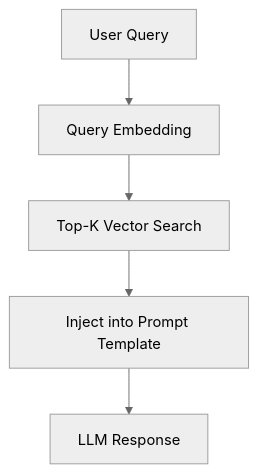
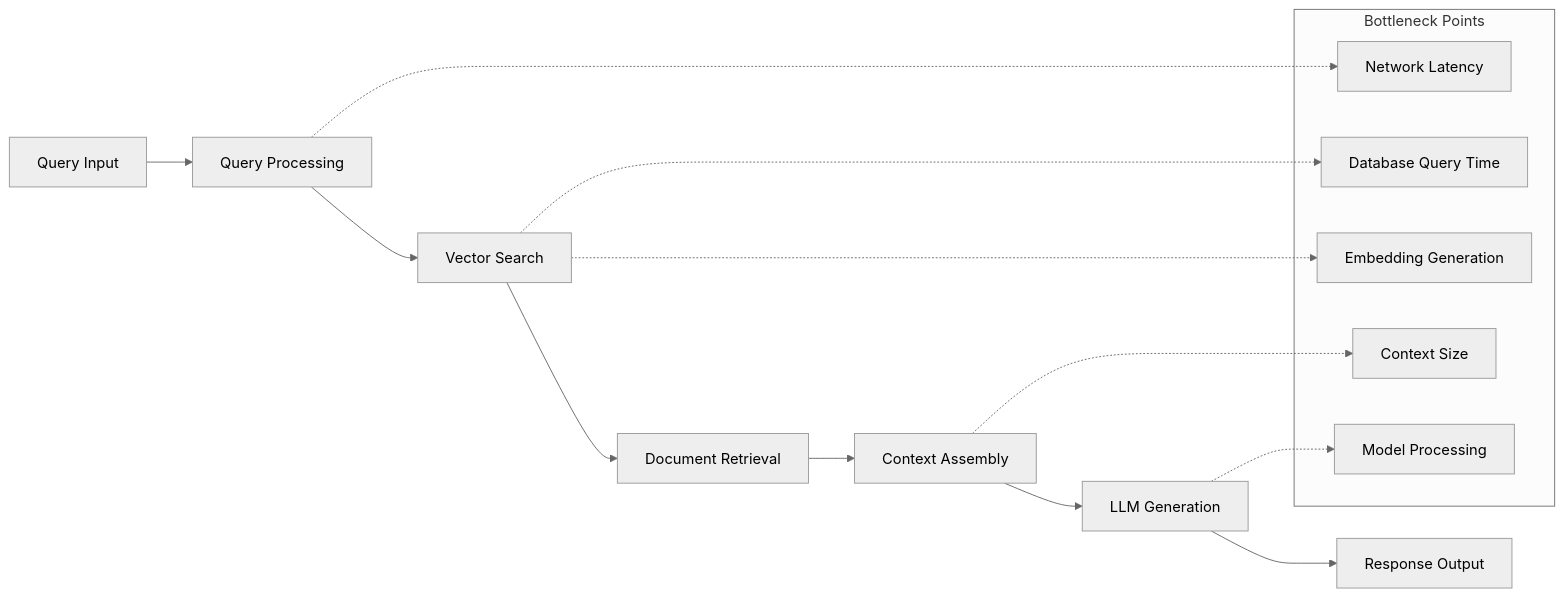
The eighth of 9 diagrams in User-Guides/rag-implementation-guide.md (CRollins6020/CRollins6020), drawn with Mermaid (neutral theme) before and after one commit. The commit also changed other lines of this file and 2 other files, not shown here.

````diff
--- a/User-Guides/rag-implementation-guide.md
+++ b/User-Guides/rag-implementation-guide.md
@@ -118,7 +3598,23 @@
 ```mermaid
-graph TD
-    A[User Query] --> B[Query Embedding]
-    B --> C[Top-K Vector Search]
-    C --> D[Inject into Prompt Template]
-    D --> E[LLM Response]
+flowchart LR
+    A[Query Input] --> B[Query Processing]
+    B --> C[Vector Search]
+    C --> D[Document Retrieval]
+    D --> E[Context Assembly]
+    E --> F[LLM Generation]
+    F --> G[Response Output]
+    
+    subgraph "Bottleneck Points"
+        H[Network Latency]
+        I[Database Query Time]
+        J[Embedding Generation]
+        K[Context Size]
+        L[Model Processing]
+    end
+    
+    B -.-> H
+    C -.-> I
+    C -.-> J
+    E -.-> K
+    F -.-> L
 ```
````
